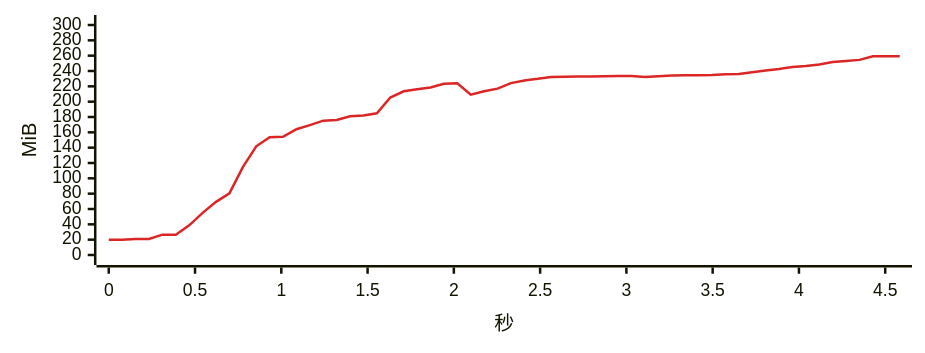
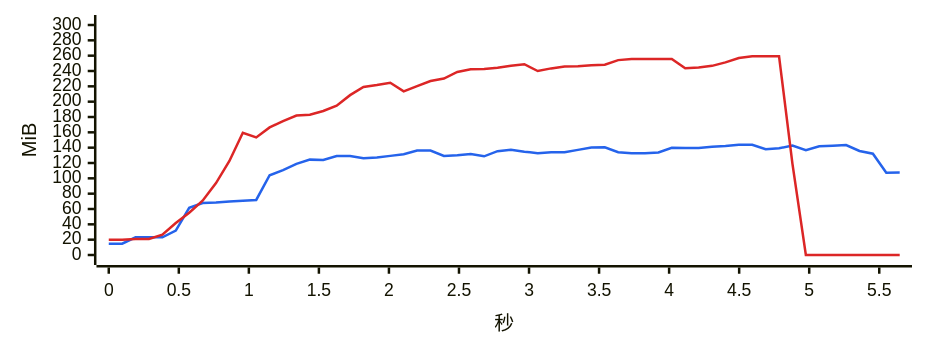
The fourth of 17 diagrams in bench/v4.1.0/summary.md (334456777/WeFlow), drawn with Mermaid before and after one commit. The commit also changed other lines of this file and 3 other files, not shown here.

````diff
--- a/bench/v4.1.0/summary.md
+++ b/bench/v4.1.0/summary.md
@@ -319,7 +320,8 @@
 ```mermaid
-%%{init: {"xyChart": {"width": 720, "height": 260}, "themeVariables": {"xyChart": {"plotColorPalette": "#dc2626"}}}}%%
+%%{init: {"xyChart": {"width": 720, "height": 260}, "themeVariables": {"xyChart": {"plotColorPalette": "#2563eb, #dc2626"}}}}%%
 xychart-beta
-    x-axis "秒" 0 --> 4.584
+    x-axis "秒" 0 --> 5.646
     y-axis "MiB" 0 --> 300
-    line [19.9, 19.9, 20.9, 20.9, 26.5, 26.5, 38.7, 54.9, 69.3, 80.5, 114.7, 141.8, 153.7, 154.1, 164.0, 169.4, 175.2, 176.1, 180.9, 181.9, 184.9, 205.4, 213.5, 216.3, 218.4, 223.4, 224.0, 209.1, 213.5, 217.0, 224.2, 227.7, 229.8, 232.3, 232.5, 232.8, 232.9, 233.3, 233.4, 233.5, 232.3, 233.2, 234.1, 234.3, 234.4, 234.7, 235.7, 236.2, 238.3, 240.7, 242.7, 245.3, 246.4, 248.5, 251.8, 253.2, 254.5, 259.2, 259.3, 259.3]
+    line [14.8, 14.8, 23.1, 23.1, 23.1, 31.8, 61.5, 67.8, 68.6, 69.8, 70.8, 71.8, 104.0, 110.8, 118.9, 124.4, 124.0, 129.1, 129.0, 126.2, 127.3, 129.3, 131.4, 136.2, 136.2, 129.1, 130.0, 131.7, 128.7, 135.4, 137.2, 134.8, 132.8, 134.0, 134.0, 137.1, 140.3, 140.5, 134.1, 132.7, 132.7, 133.8, 139.8, 139.6, 139.6, 141.1, 142.1, 143.8, 143.8, 137.9, 139.2, 142.8, 136.8, 141.8, 142.5, 143.4, 135.7, 132.1, 107.3, 107.5]
+    line [19.9, 19.9, 20.9, 20.9, 26.5, 41.8, 55.2, 70.9, 93.8, 122.6, 159.5, 153.4, 166.4, 174.6, 181.9, 183.0, 187.9, 194.8, 208.5, 219.2, 221.6, 224.6, 213.4, 220.2, 227.0, 230.2, 238.7, 242.2, 242.7, 244.3, 246.9, 248.8, 240.0, 243.4, 246.0, 246.2, 247.6, 248.1, 254.2, 255.5, 255.7, 255.7, 255.8, 243.5, 244.5, 246.7, 251.2, 257.0, 259.1, 259.1, 259.2, 118.9, 0.0, 0.0, 0.0, 0.0, 0.0, 0.0, 0.0, 0.0]
 ```
````
